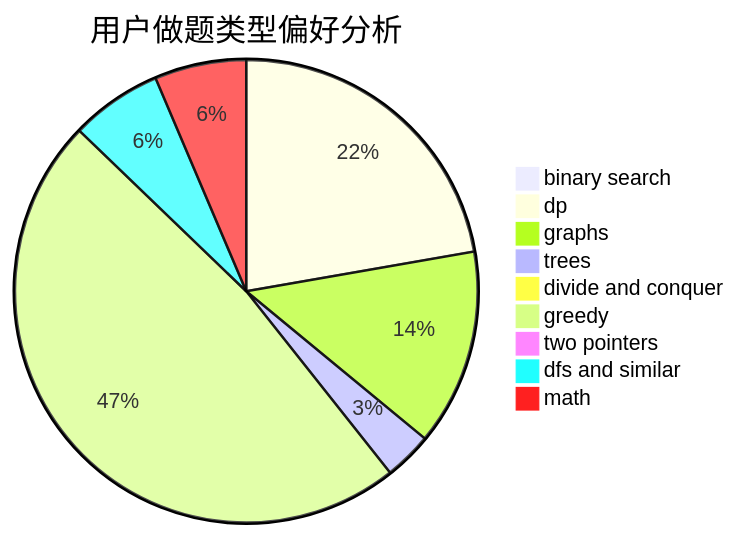
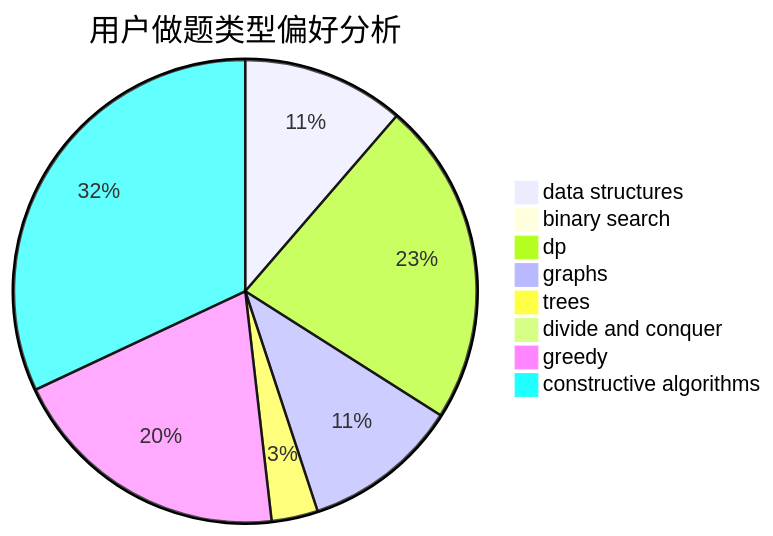
The second of 3 diagrams in docs/user/u2135.md (sherpahu/cfrs.github.io), drawn with Mermaid before and after one commit. The commit also changed other lines of this file and 2775 other files, not shown here.

````diff
--- a/docs/user/u2135.md
+++ b/docs/user/u2135.md
@@ -23,12 +23,11 @@
 ```mermaid
 pie title 用户做题类型偏好分析
+    "data structures" :  28
     "binary search" :  0
-    "dp" :  73
-    "graphs" :  45
-    "trees" :  11
+    "dp" :  56
+    "graphs" :  27
+    "trees" :  8
     "divide and conquer" :  0
-    "greedy" :  157
-    "two pointers" :  3
-    "dfs and similar" :  21
-    "math" :  21
+    "greedy" :  49
+    "constructive algorithms" :  79
 ```
````
